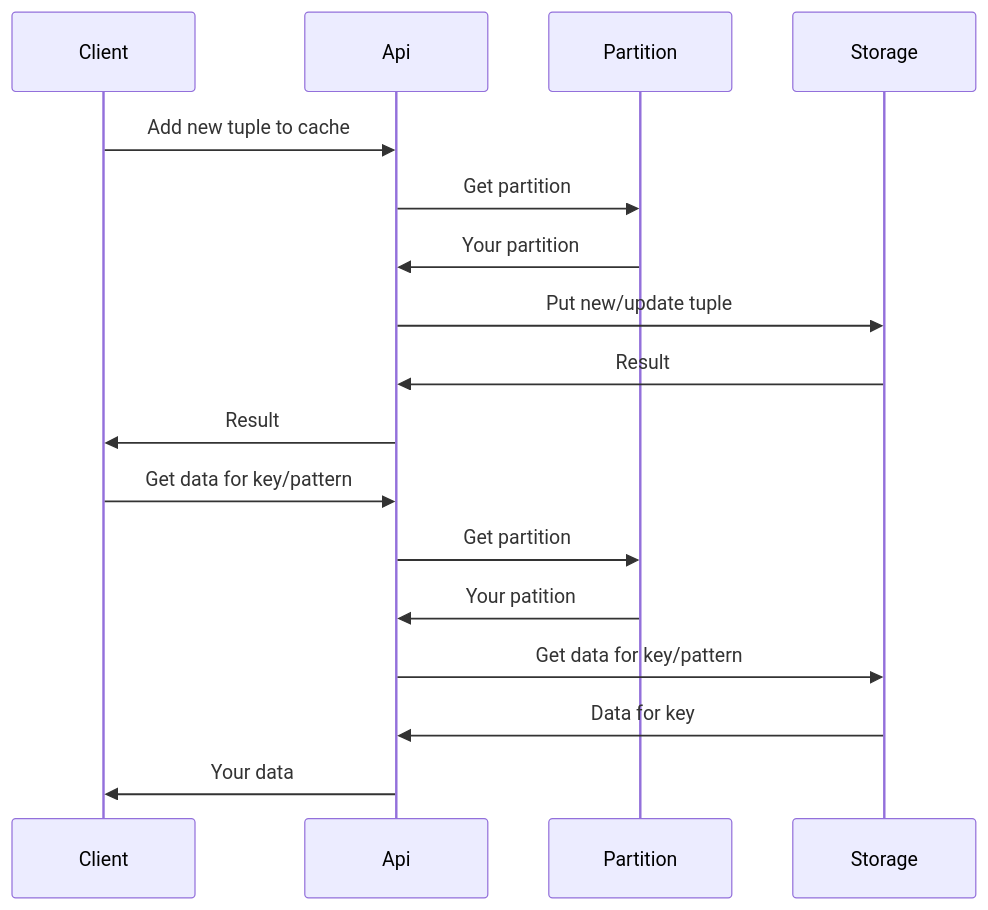
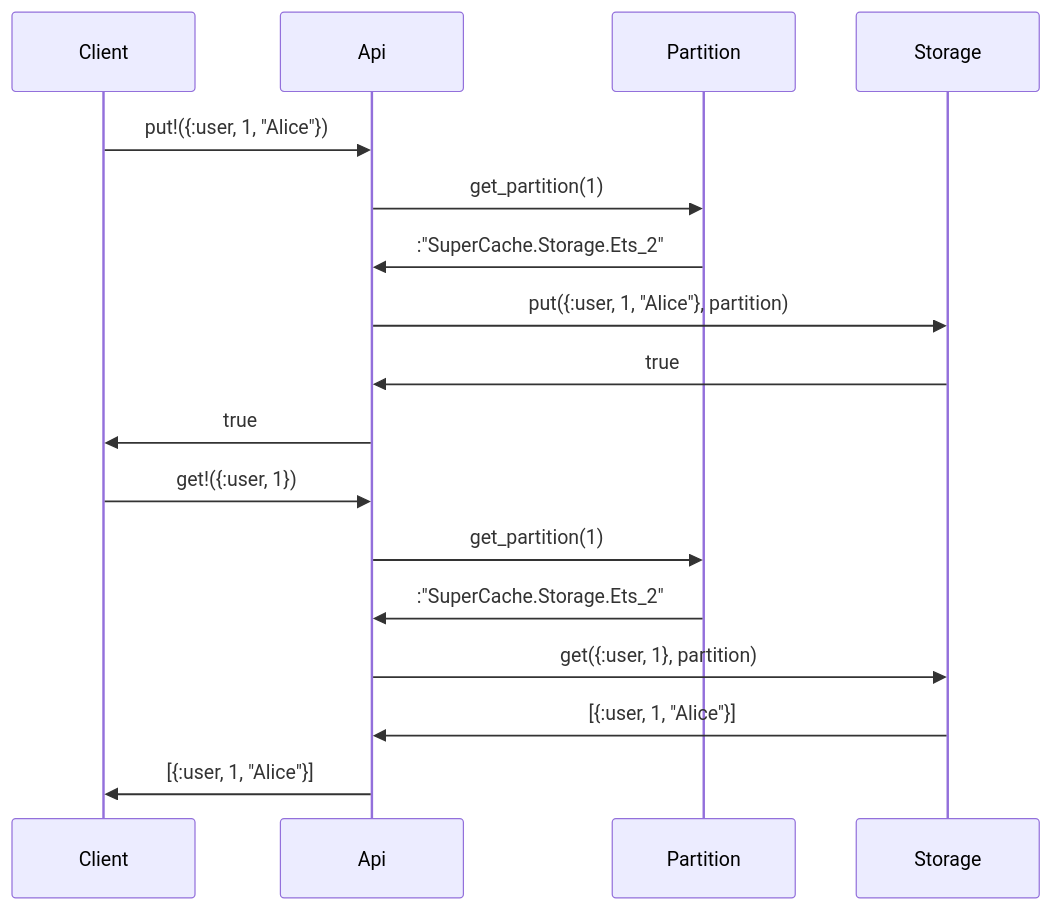
Before and after one commit to ohhi-vn/super_cache: the first of 2 diagrams in README.md, drawn with Mermaid. The commit also changed other lines of this file and 35 other files, not shown here.

````diff
--- a/README.md
+++ b/README.md
@@ -47,21 +38,21 @@
 ```mermaid
 sequenceDiagram
   participant Client
   participant Api
   participant Partition
   participant Storage
 
-  Client->>Api: Add new tuple to cache
-  Api->>Partition: Get partition
-  Partition->>Api: Your partition
-  Api->>Storage: Put new/update tuple
-  Storage->>Api: Result
-  Api->>Client: Result
+  Client->>Api: put!({:user, 1, "Alice"})
+  Api->>Partition: get_partition(1)
+  Partition->>Api: :"SuperCache.Storage.Ets_2"
+  Api->>Storage: put({:user, 1, "Alice"}, partition)
+  Storage->>Api: true
+  Api->>Client: true
   
-  Client->>Api: Get data for key/pattern
-  Api->>Partition: Get partition
-  Partition->>Api: Your patition
-  Api->>Storage: Get data for key/pattern
-  Storage->>Api: Data for key
-  Api->>Client: Your data
+  Client->>Api: get!({:user, 1})
+  Api->>Partition: get_partition(1)
+  Partition->>Api: :"SuperCache.Storage.Ets_2"
+  Api->>Storage: get({:user, 1}, partition)
+  Storage->>Api: [{:user, 1, "Alice"}]
+  Api->>Client: [{:user, 1, "Alice"}]
 ```
````
